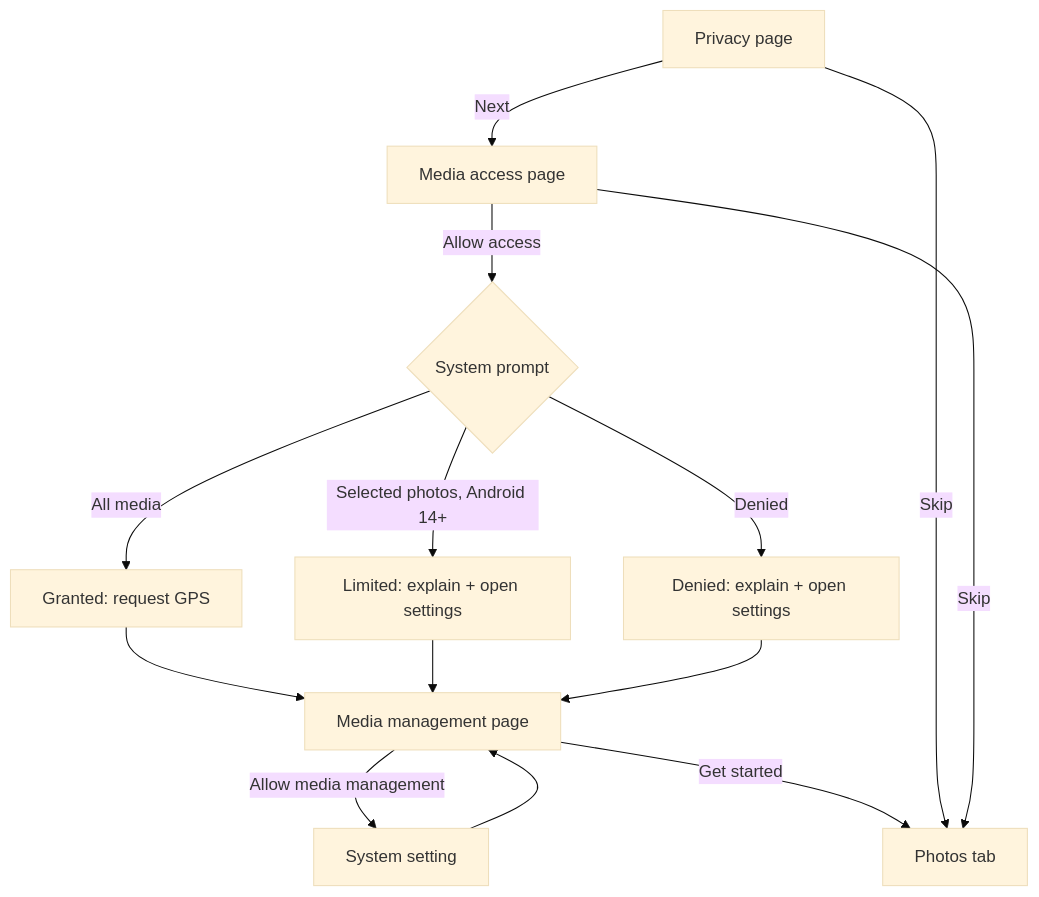
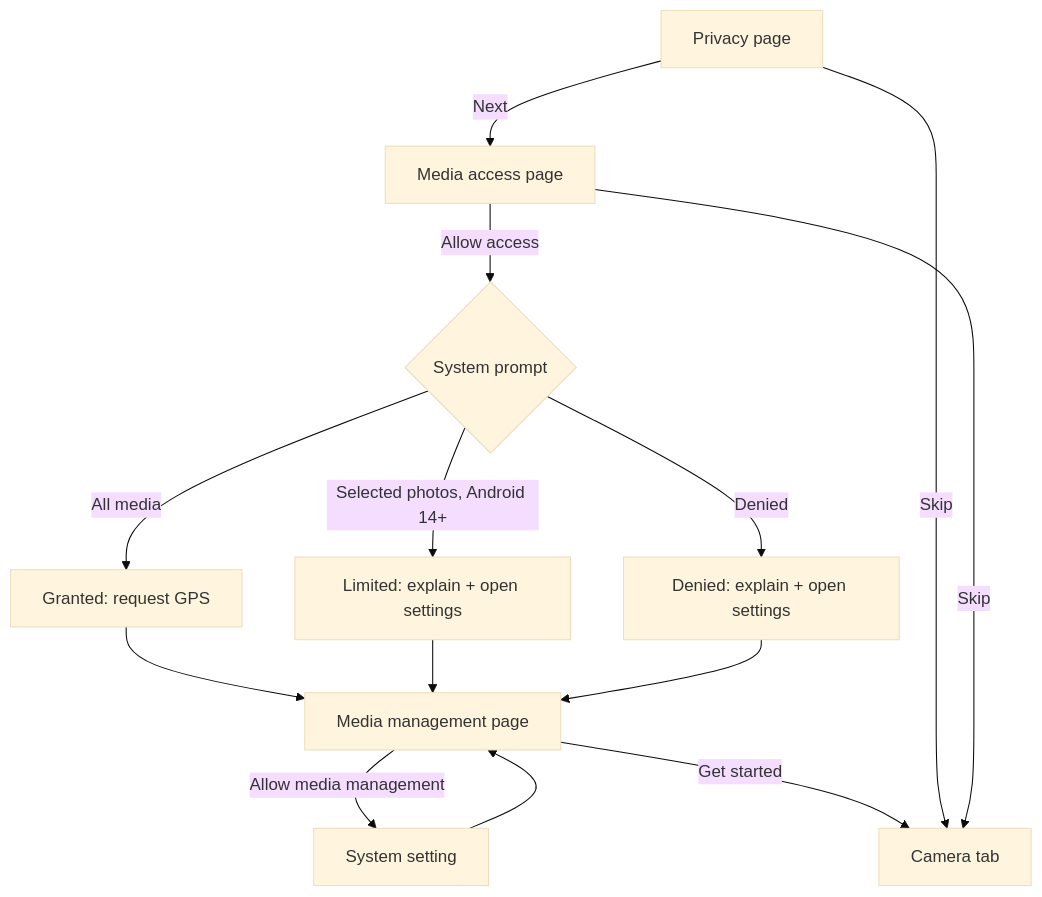
One commit to Bichoumac/Clean-Gallery changed the diagram in docs/features/onboarding.md. Above: the diagram before and after it, drawn with Mermaid (base theme). The commit also changed other lines of this file and 27 other files, not shown here.

First line of the commit message:
Camera tab, video thumbnail fallback, record product decisions

````diff
--- a/docs/features/onboarding.md
+++ b/docs/features/onboarding.md
@@ -20,16 +20,16 @@
 ```mermaid
 flowchart TD
     A[Privacy page] -->|Next| B[Media access page]
     B -->|Allow access| C{System prompt}
     C -->|All media| D[Granted: request GPS]
     C -->|Selected photos, Android 14+| E[Limited: explain + open settings]
     C -->|Denied| F[Denied: explain + open settings]
     D --> G[Media management page]
     E --> G
     F --> G
     G -->|Allow media management| H[System setting]
     H --> G
-    G -->|Get started| I[Photos tab]
+    G -->|Get started| I[Camera tab]
     A -->|Skip| I
     B -->|Skip| I
 ```
````
